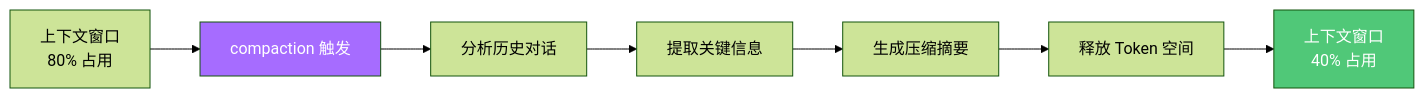
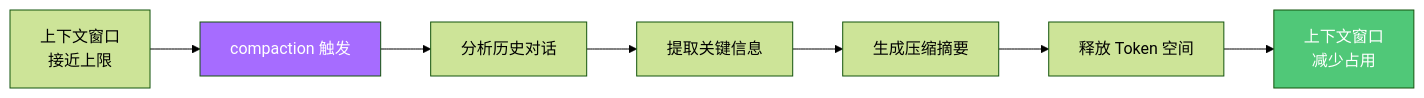
Before and after one commit to tonydeng/harness-engineering-from-oc-to-ai-coding: the second of 11 diagrams in src/02-core-concepts/agent-orchestration.md, drawn with Mermaid (forest theme). The commit also changed other lines of this file and 331 other files, not shown here.

````diff
--- a/src/02-core-concepts/agent-orchestration.md
+++ b/src/02-core-concepts/agent-orchestration.md
@@ -282,12 +286,12 @@
 ```mermaid
 flowchart LR
-    A[上下文窗口<br/>80% 占用] --> B[compaction 触发]
+    A[上下文窗口<br/>接近上限] --> B[compaction 触发]
     B --> C[分析历史对话]
     C --> D[提取关键信息]
     D --> E[生成压缩摘要]
     E --> F[释放 Token 空间]
-    F --> G[上下文窗口<br/>40% 占用]
+    F --> G[上下文窗口<br/>减少占用]
     
     style B fill:#A66CFF,color:#fff
     style G fill:#50C878,color:#fff
 ```
````
